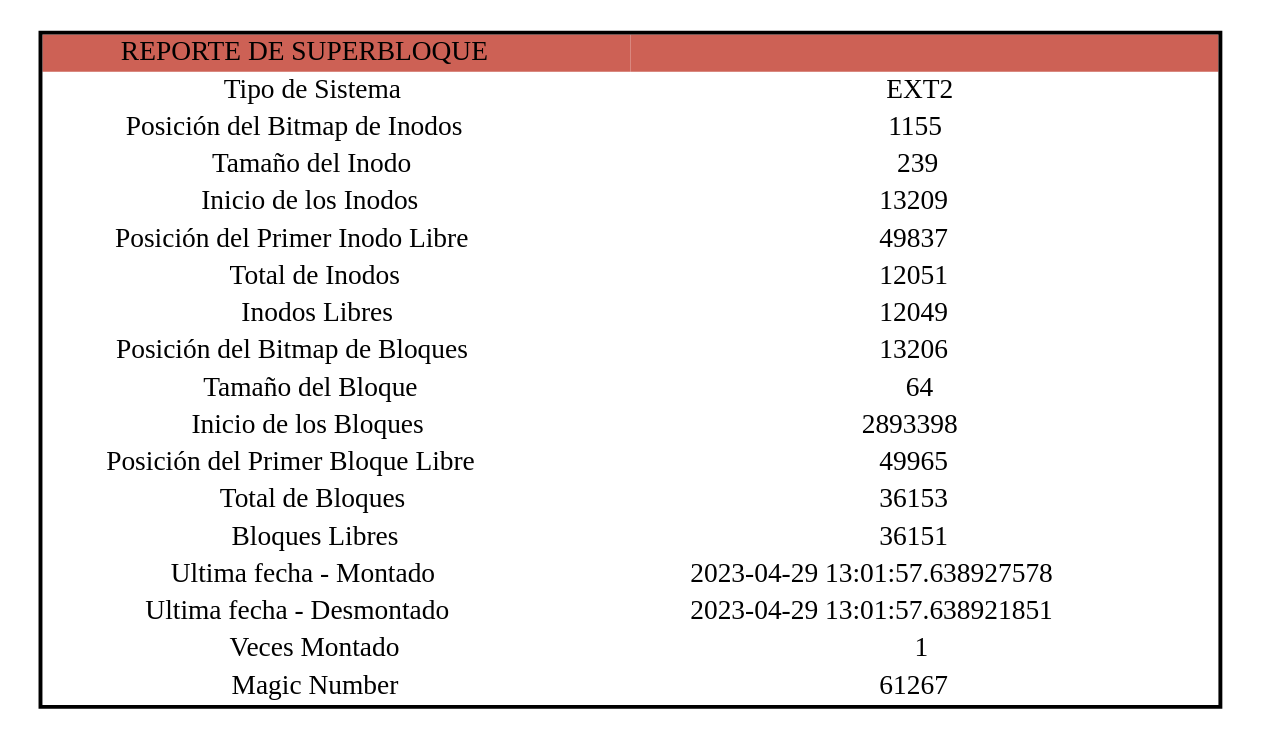
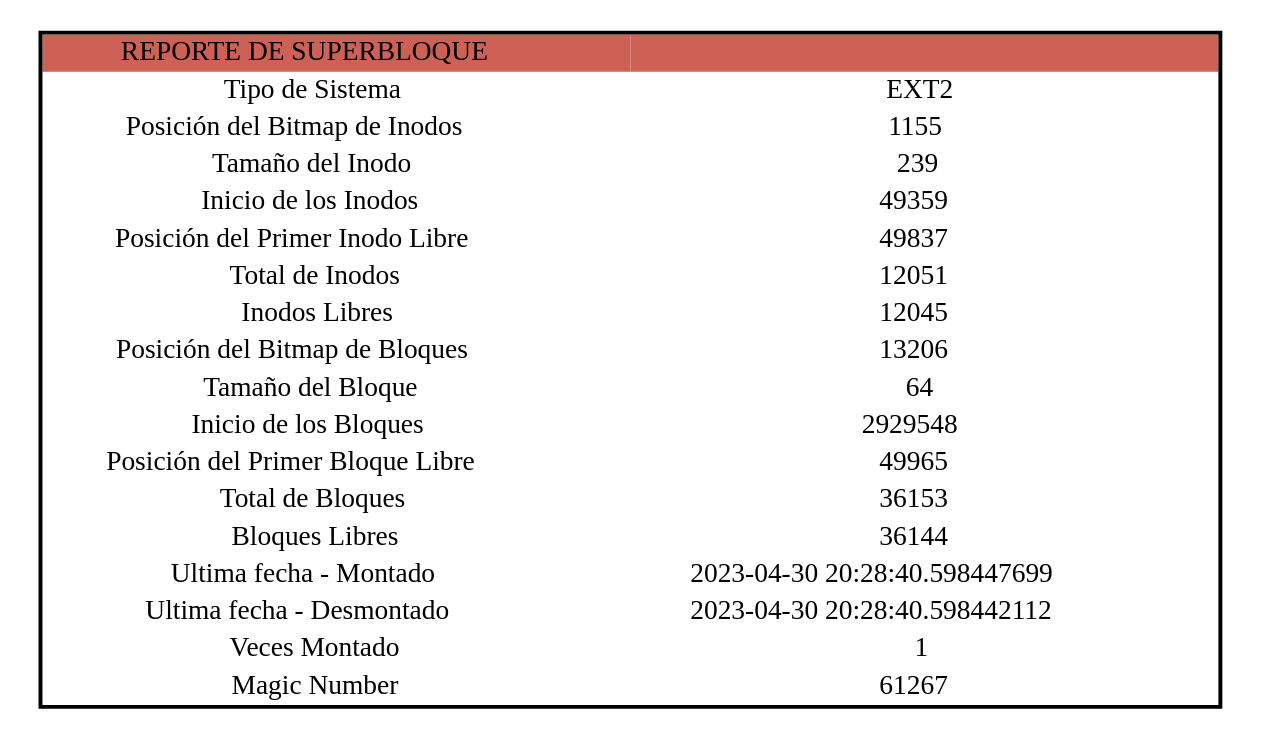
One commit to JJONK19/-MIA-Proyecto2_201909035 changed the diagram in Aplicacion/grafo.dot. Above: the diagram before and after it, drawn with Graphviz. The commit also changed 9 other files, not shown here.

```diff
--- a/Aplicacion/grafo.dot
+++ b/Aplicacion/grafo.dot
@@ -1,1 +1,1 @@
-digraph mbr {node [shape=plaintext] struct1 [label= <<TABLE BORDER='2' CELLBORDER='0' CELLSPACING='0'><TR><TD BGCOLOR='#cd6155' WIDTH='300'>REPORTE DE SUPERBLOQUE</TD><TD WIDTH='300' BGCOLOR='#cd6155'></TD></TR><TR><TD>Tipo de Sistema</TD><TD>EXT2</TD></TR><TR><TD>Posición del Bitmap de Inodos</TD><TD>1155</TD></TR><TR><TD>Tamaño del Inodo</TD><TD>239</TD></TR><TR><TD>Inicio de los Inodos</TD><TD>13209</TD></TR><TR><TD>Posición del Primer Inodo Libre</TD><TD>49837</TD></TR><TR><TD>Total de Inodos</TD><TD>12051</TD></TR><TR><TD>Inodos Libres</TD><TD>12049</TD></TR><TR><TD>Posición del Bitmap de Bloques</TD><TD>13206</TD></TR><TR><TD>Tamaño del Bloque</TD><TD>64</TD></TR><TR><TD>Inicio de los Bloques</TD><TD>2893398</TD></TR><TR><TD>Posición del Primer Bloque Libre</TD><TD>49965</TD></TR><TR><TD>Total de Bloques</TD><TD>36153</TD></TR><TR><TD>Bloques Libres</TD><TD>36151</TD></TR><TR><TD>Ultima fecha - Montado</TD><TD>2023-04-29 13:01:57.638927578 </TD></TR><TR><TD>Ultima fecha - Desmontado</TD><TD>2023-04-29 13:01:57.638921851 </TD></TR><TR><TD>Veces Montado</TD><TD>1</TD></TR><TR><TD>Magic Number</TD><TD>61267</TD></TR></TABLE>>];}
+digraph mbr {node [shape=plaintext] struct1 [label= <<TABLE BORDER='2' CELLBORDER='0' CELLSPACING='0'><TR><TD BGCOLOR='#cd6155' WIDTH='300'>REPORTE DE SUPERBLOQUE</TD><TD WIDTH='300' BGCOLOR='#cd6155'></TD></TR><TR><TD>Tipo de Sistema</TD><TD>EXT2</TD></TR><TR><TD>Posición del Bitmap de Inodos</TD><TD>1155</TD></TR><TR><TD>Tamaño del Inodo</TD><TD>239</TD></TR><TR><TD>Inicio de los Inodos</TD><TD>49359</TD></TR><TR><TD>Posición del Primer Inodo Libre</TD><TD>49837</TD></TR><TR><TD>Total de Inodos</TD><TD>12051</TD></TR><TR><TD>Inodos Libres</TD><TD>12045</TD></TR><TR><TD>Posición del Bitmap de Bloques</TD><TD>13206</TD></TR><TR><TD>Tamaño del Bloque</TD><TD>64</TD></TR><TR><TD>Inicio de los Bloques</TD><TD>2929548</TD></TR><TR><TD>Posición del Primer Bloque Libre</TD><TD>49965</TD></TR><TR><TD>Total de Bloques</TD><TD>36153</TD></TR><TR><TD>Bloques Libres</TD><TD>36144</TD></TR><TR><TD>Ultima fecha - Montado</TD><TD>2023-04-30 20:28:40.598447699 </TD></TR><TR><TD>Ultima fecha - Desmontado</TD><TD>2023-04-30 20:28:40.598442112 </TD></TR><TR><TD>Veces Montado</TD><TD>1</TD></TR><TR><TD>Magic Number</TD><TD>61267</TD></TR></TABLE>>];}
```
